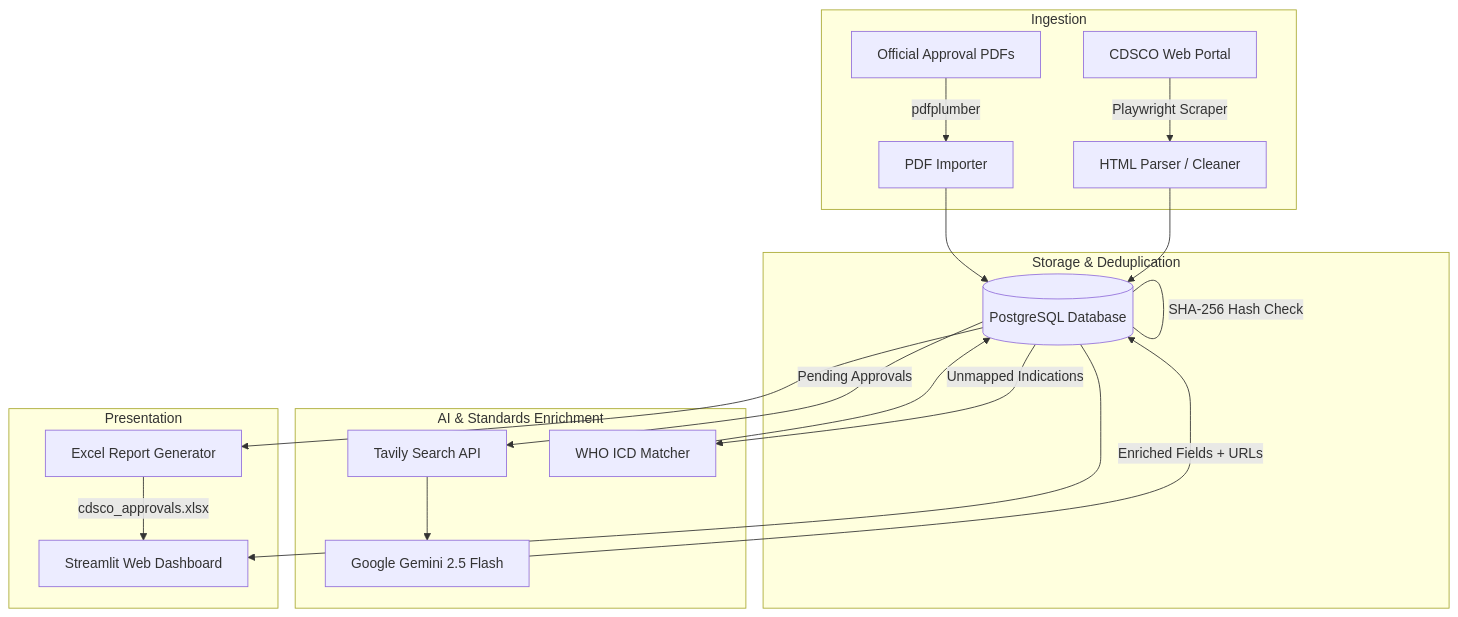
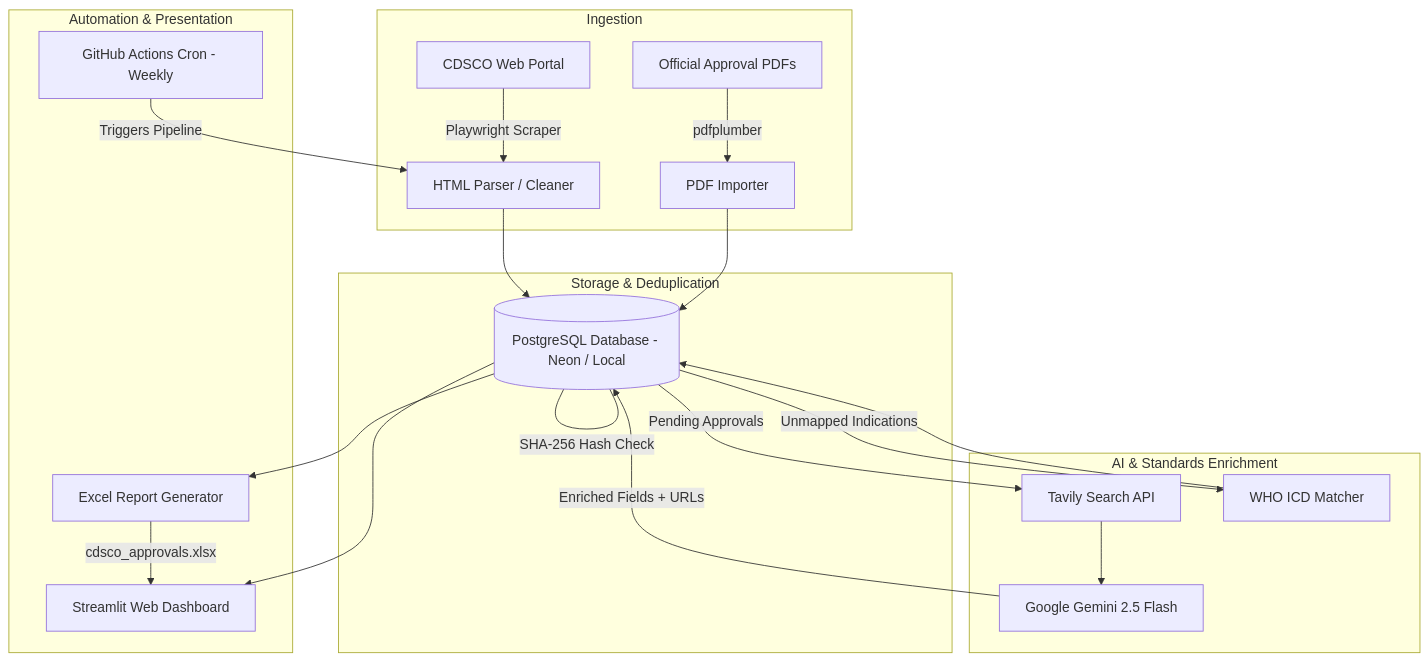
Before and after one commit to Shainaa17/cdsco-data: the diagram in README.md, drawn with Mermaid. The commit also changed other lines of this file, not shown here.

Commit message:
Update README with weekly automation and secrets configuration

````diff
--- a/README.md
+++ b/README.md
@@ -50,27 +55,28 @@
 ```mermaid
 flowchart TD
     subgraph Ingestion
         A[CDSCO Web Portal] -->|Playwright Scraper| P[HTML Parser / Cleaner]
         B[Official Approval PDFs] -->|pdfplumber| I[PDF Importer]
     end
 
     subgraph Storage & Deduplication
-        P --> D[(PostgreSQL Database)]
+        P --> D[(PostgreSQL Database - Neon / Local)]
         I --> D
         D ---|SHA-256 Hash Check| D
     end
 
     subgraph AI & Standards Enrichment
         D -->|Pending Approvals| S[Tavily Search API]
         S --> G[Google Gemini 2.5 Flash]
         G -->|Enriched Fields + URLs| D
         D -->|Unmapped Indications| M[WHO ICD Matcher]
         M --> D
     end
 
-    subgraph Presentation
+    subgraph Automation & Presentation
+        GH[GitHub Actions Cron - Weekly] -->|Triggers Pipeline| P
         D --> E[Excel Report Generator]
         D --> W[Streamlit Web Dashboard]
         E -->|cdsco_approvals.xlsx| W
     end
 ```
````
